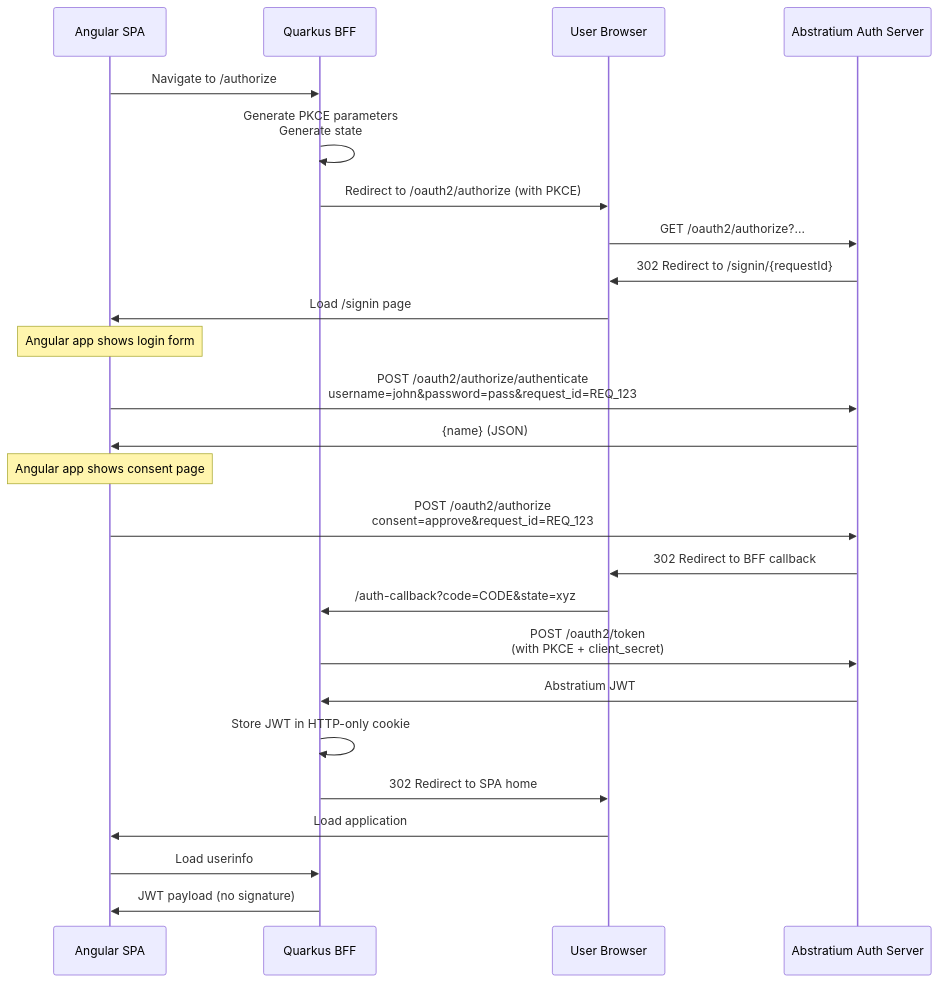
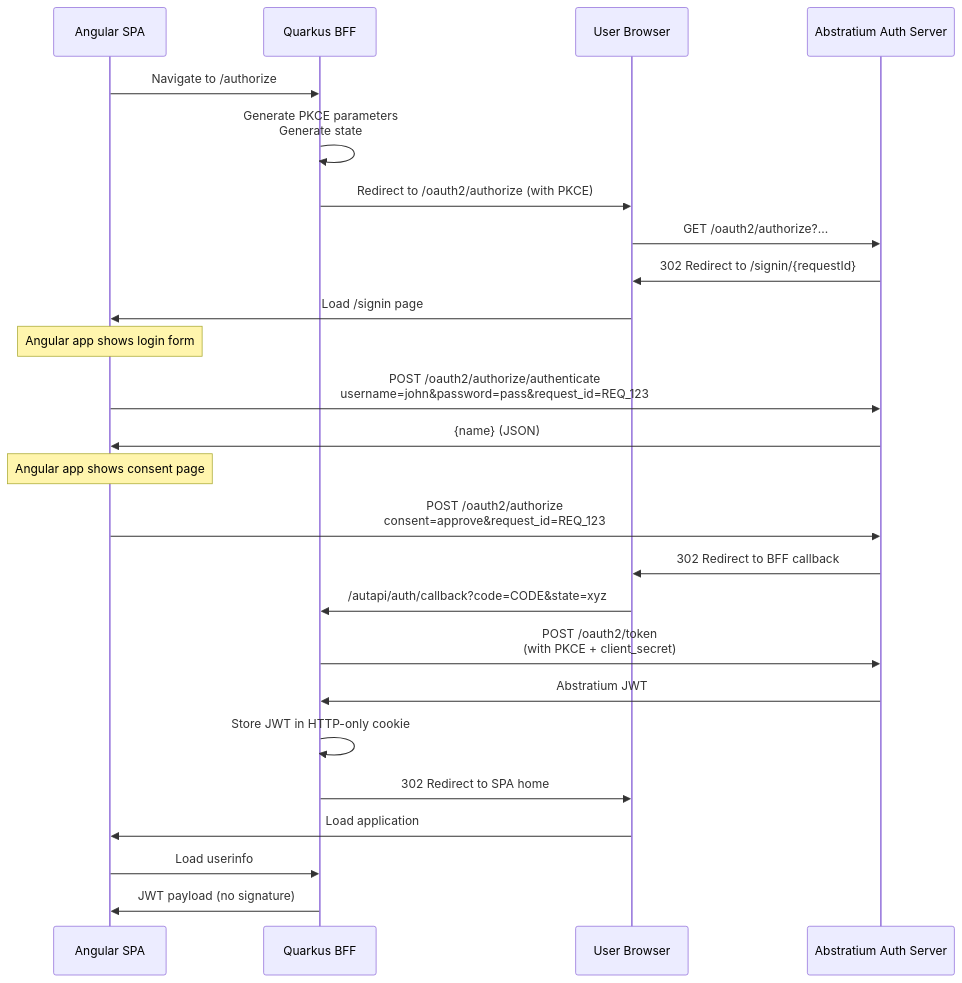
The third of 4 diagrams in docs/oauth/FEDERATED_LOGIN.md (abstratium-dev/abstrauth), drawn with Mermaid before and after one commit. The commit also changed other lines of this file and 6 other files, not shown here.

````diff
--- a/docs/oauth/FEDERATED_LOGIN.md
+++ b/docs/oauth/FEDERATED_LOGIN.md
@@ -220,33 +220,33 @@
 ```mermaid
 sequenceDiagram
     participant SPA as Angular SPA
     participant BFF as Quarkus BFF
     participant Browser as User Browser
     participant AuthServer as Abstratium Auth Server
 
     SPA->>BFF: Navigate to /authorize
     BFF->>BFF: Generate PKCE parameters<br/>Generate state
     BFF->>Browser: Redirect to /oauth2/authorize (with PKCE)
     Browser->>AuthServer: GET /oauth2/authorize?...
     
     AuthServer->>Browser: 302 Redirect to /signin/{requestId}
     Browser->>SPA: Load /signin page
     
     Note over SPA: Angular app shows login form
     SPA->>AuthServer: POST /oauth2/authorize/authenticate<br/>username=john&password=pass&request_id=REQ_123
     AuthServer->>SPA: {name} (JSON)
     
     Note over SPA: Angular app shows consent page
     SPA->>AuthServer: POST /oauth2/authorize<br/>consent=approve&request_id=REQ_123
     
     AuthServer->>Browser: 302 Redirect to BFF callback
-    Browser->>BFF: /auth-callback?code=CODE&state=xyz
+    Browser->>BFF: /autapi/auth/callback?code=CODE&state=xyz
     
     BFF->>AuthServer: POST /oauth2/token<br/>(with PKCE + client_secret)
     AuthServer->>BFF: Abstratium JWT
     BFF->>BFF: Store JWT in HTTP-only cookie
     BFF->>Browser: 302 Redirect to SPA home
     Browser->>SPA: Load application
     SPA->>BFF: Load userinfo
     BFF->>SPA: JWT payload (no signature)
 ```
````
